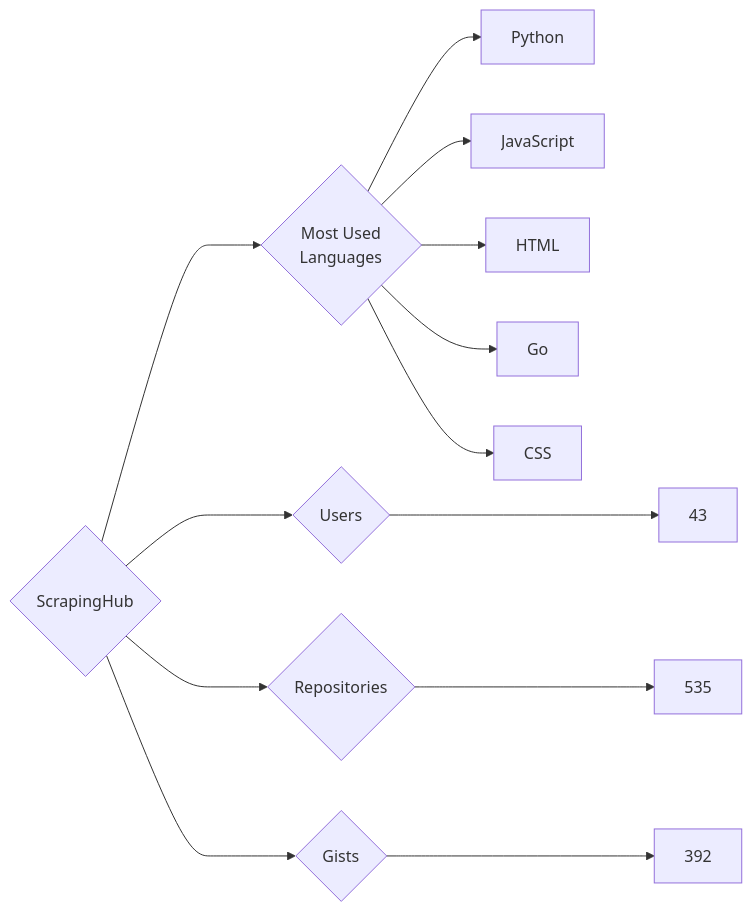
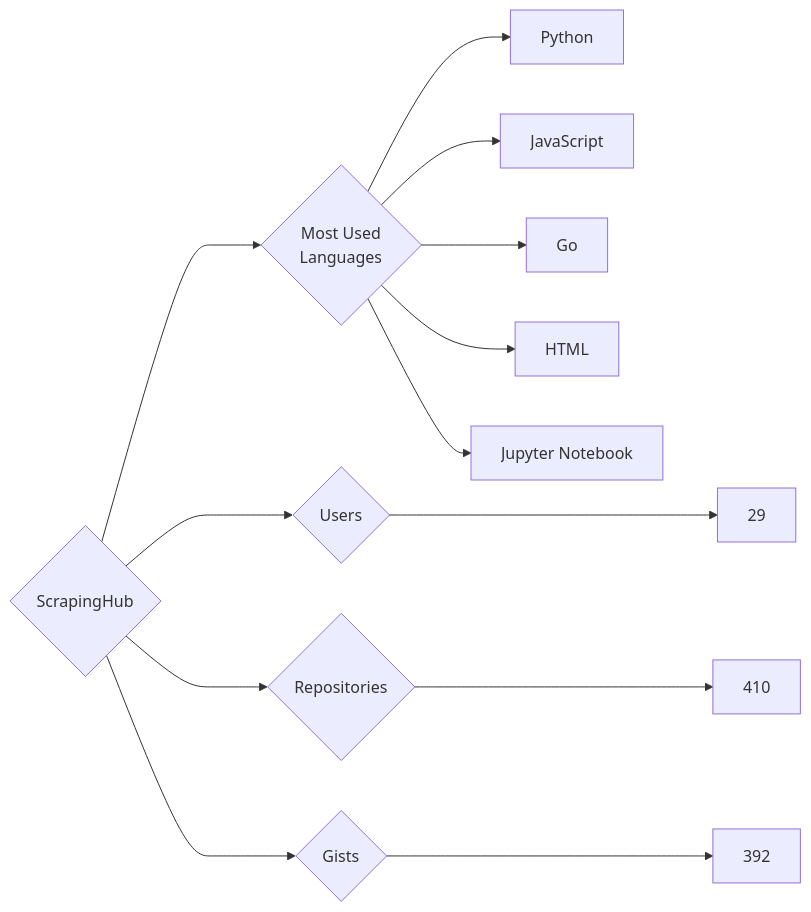
Before and after one commit to trickest/insiders: the diagram in targets/ScrapingHub/README.md, drawn with Mermaid. The commit also changed 770 other files, not shown here.

````diff
--- a/targets/ScrapingHub/README.md
+++ b/targets/ScrapingHub/README.md
@@ -3,13 +3,13 @@
 ```mermaid
 graph LR
 COMPANY_NAME{ScrapingHub}
-COMPANY_NAME ---> U{Users} ---> UN[43]
-COMPANY_NAME ---> R{Repositories} ---> RN[535]
+COMPANY_NAME ---> U{Users} ---> UN[29]
+COMPANY_NAME ---> R{Repositories} ---> RN[410]
 COMPANY_NAME ---> G{Gists} ---> GN[392]
 COMPANY_NAME ---> ML{Most Used<br>Languages}
 ML --> Python[Python]
 ML --> JavaScript[JavaScript]
+ML --> Go[Go]
 ML --> HTML[HTML]
-ML --> Go[Go]
-ML --> CSS[CSS]
+ML --> Jupyter_Notebook[Jupyter Notebook]
 ```
````
